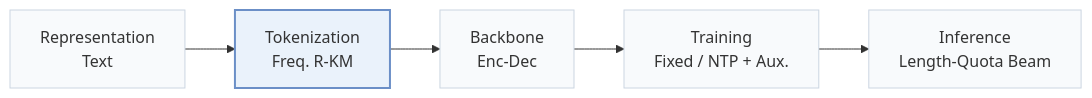
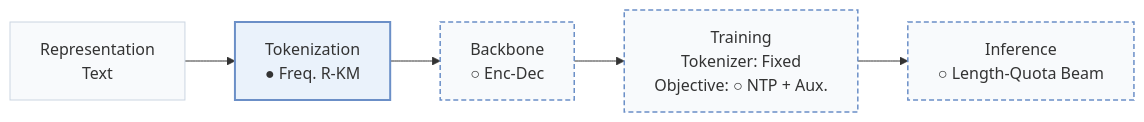
One commit to Galaxy-ghost/Awesome-SID-Generative-Rec changed the first of 2 diagrams in pages/papers/jevrec.md. Above: the diagram before and after it, drawn with Mermaid. The commit also changed other lines of this file and 558 other files, not shown here.

````diff
--- a/pages/papers/jevrec.md
+++ b/pages/papers/jevrec.md
@@ -15,8 +18,10 @@
 ```mermaid
 flowchart LR
-    R["Representation<br/>Text"] --> T["Tokenization<br/>Freq. R-KM"] --> B["Backbone<br/>Enc-Dec"] --> TR["Training<br/>Fixed / NTP + Aux."] --> I["Inference<br/>Length-Quota Beam"]
+    R["Representation<br/>Text"] --> T["Tokenization<br/>● Freq. R-KM"] --> B["Backbone<br/>○ Enc-Dec"] --> TR["Training<br/>Tokenizer: Fixed<br/>Objective: ○ NTP + Aux."] --> I["Inference<br/>○ Length-Quota Beam"]
     classDef base fill:#f8fafc,stroke:#cbd5e1
     class R,T,B,TR,I base
+    classDef other fill:#f8fafc,stroke:#6b8fc7,stroke-width:1.5px,stroke-dasharray:5 3
+    class B,TR,I other
     classDef main fill:#eaf2fb,stroke:#6b8fc7,stroke-width:2px
     class T main
 ```
````
